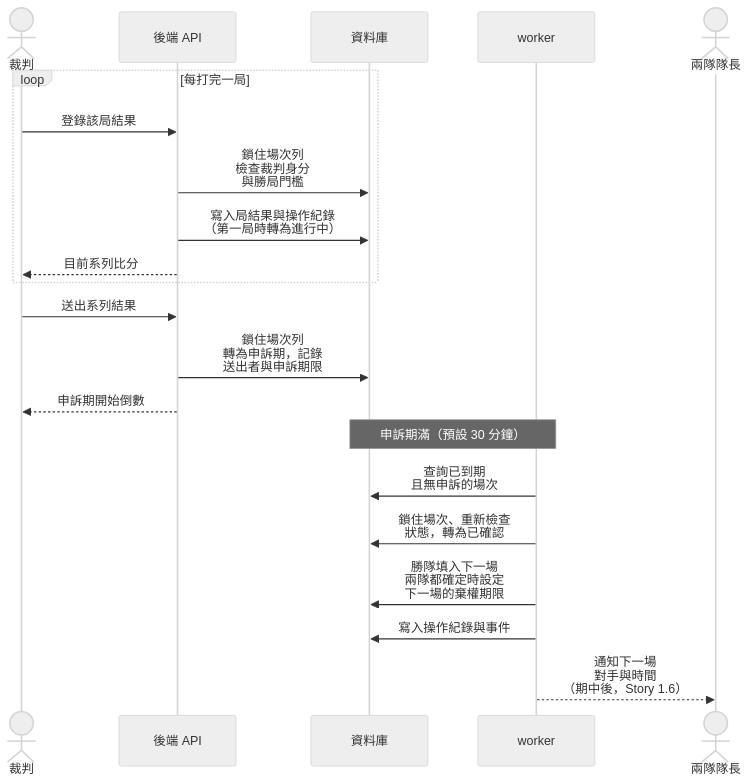
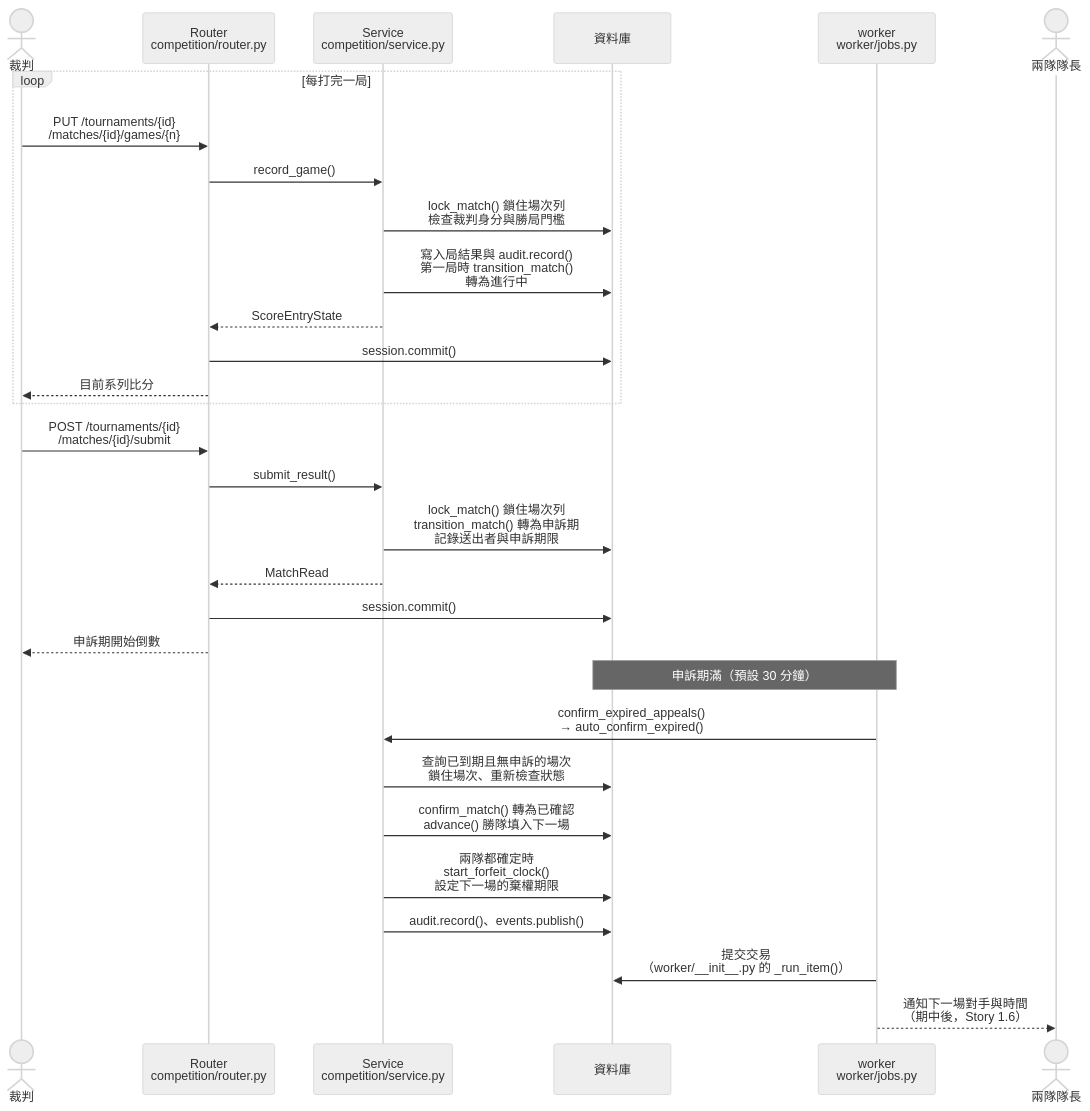
Diagram 18 of 19 in docs/midterm/B-軟體需求分析文件.md (Team14good/esport-platform), drawn with Mermaid (neutral theme) before and after one commit. The commit also changed other lines of this file and 27 other files, not shown here.

First line of the commit message:
docs: B、C、D 其餘的圖全部對照程式標註 (#92)

````diff
--- a/docs/midterm/B-軟體需求分析文件.md
+++ b/docs/midterm/B-軟體需求分析文件.md
@@ -1417,23 +1492,32 @@
 ```mermaid
 sequenceDiagram
   actor Ref as 裁判
-  participant API as 後端 API
+  participant R as Router<br/>competition/router.py
+  participant S as Service<br/>competition/service.py
   participant DB as 資料庫
-  participant W as worker
+  participant W as worker<br/>worker/jobs.py
   actor Cap as 兩隊隊長
   loop 每打完一局
-    Ref->>API: 登錄該局結果
-    API->>DB: 鎖住場次列<br/>檢查裁判身分<br/>與勝局門檻
-    API->>DB: 寫入局結果與操作紀錄<br/>（第一局時轉為進行中）
-    API-->>Ref: 目前系列比分
+    Ref->>R: PUT /tournaments/{id}<br/>/matches/{id}/games/{n}
+    R->>S: record_game()
+    S->>DB: lock_match() 鎖住場次列<br/>檢查裁判身分與勝局門檻
+    S->>DB: 寫入局結果與 audit.record()<br/>第一局時 transition_match()<br/>轉為進行中
+    S-->>R: ScoreEntryState
+    R->>DB: session.commit()
+    R-->>Ref: 目前系列比分
   end
-  Ref->>API: 送出系列結果
-  API->>DB: 鎖住場次列<br/>轉為申訴期，記錄<br/>送出者與申訴期限
-  API-->>Ref: 申訴期開始倒數
+  Ref->>R: POST /tournaments/{id}<br/>/matches/{id}/submit
+  R->>S: submit_result()
+  S->>DB: lock_match() 鎖住場次列<br/>transition_match() 轉為申訴期<br/>記錄送出者與申訴期限
+  S-->>R: MatchRead
+  R->>DB: session.commit()
+  R-->>Ref: 申訴期開始倒數
   Note over DB,W: 申訴期滿（預設 30 分鐘）
-  W->>DB: 查詢已到期<br/>且無申訴的場次
-  W->>DB: 鎖住場次、重新檢查<br/>狀態，轉為已確認
-  W->>DB: 勝隊填入下一場<br/>兩隊都確定時設定<br/>下一場的棄權期限
-  W->>DB: 寫入操作紀錄與事件
-  W-->>Cap: 通知下一場<br/>對手與時間<br/>（期中後，Story 1.6）
+  W->>S: confirm_expired_appeals()<br/>→ auto_confirm_expired()
+  S->>DB: 查詢已到期且無申訴的場次<br/>鎖住場次、重新檢查狀態
+  S->>DB: confirm_match() 轉為已確認<br/>advance() 勝隊填入下一場
+  S->>DB: 兩隊都確定時<br/>start_forfeit_clock()<br/>設定下一場的棄權期限
+  S->>DB: audit.record()、events.publish()
+  W->>DB: 提交交易<br/>（worker/__init__.py 的 _run_item()）
+  W-->>Cap: 通知下一場對手與時間<br/>（期中後，Story 1.6）
 ```
````
